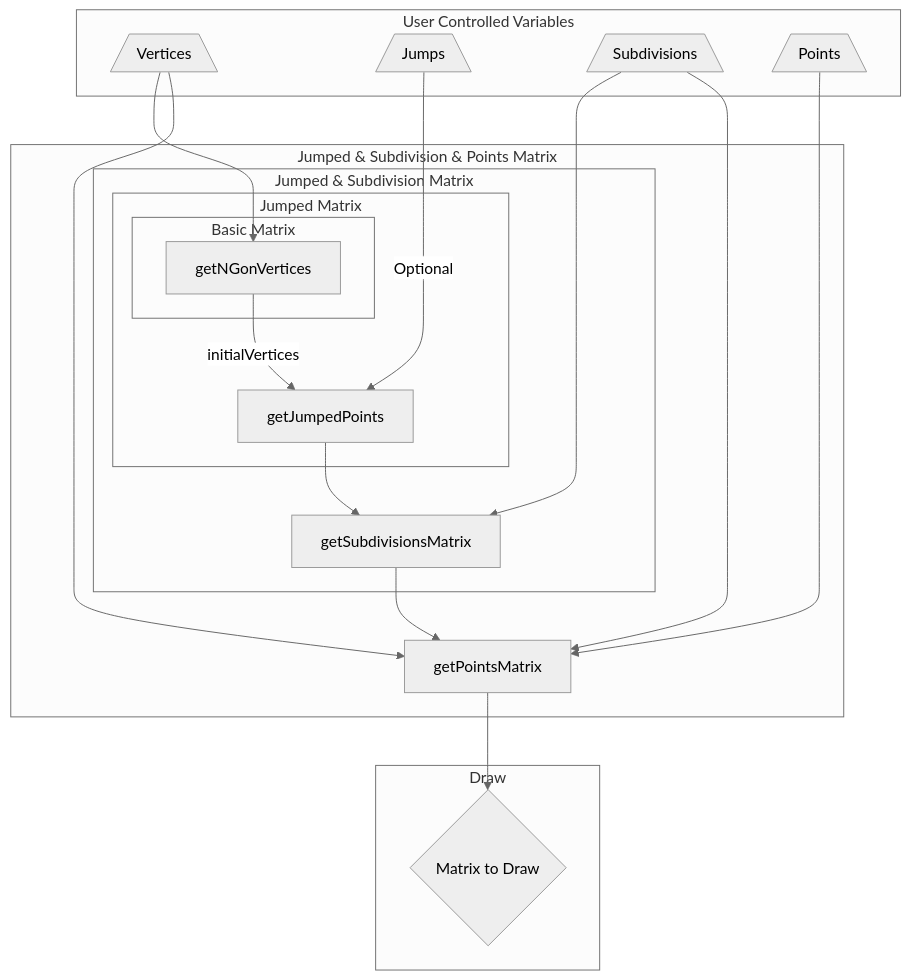
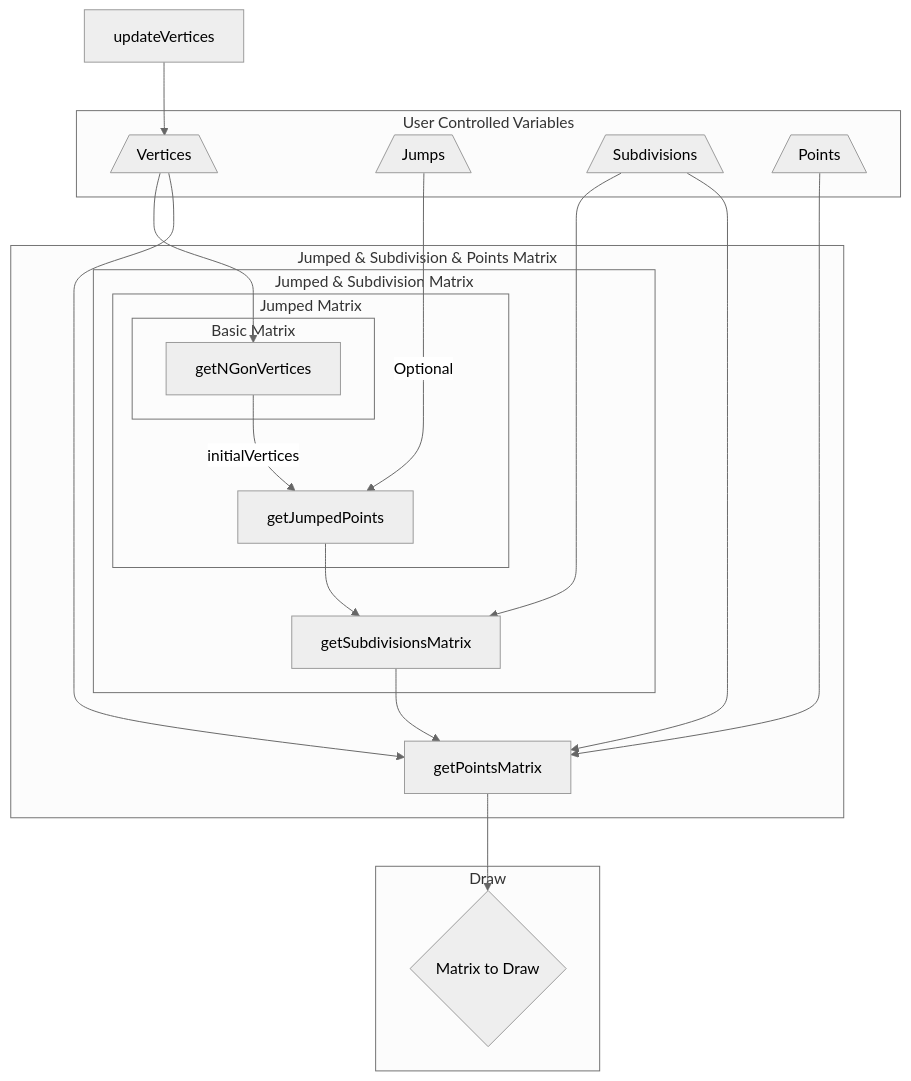
Before and after one commit to LiamMyles/pwp: the second of 3 diagrams in README.md, drawn with Mermaid (neutral theme). The commit also changed other lines of this file, not shown here.

Commit message:
Add mermaid for classes

````diff
--- a/README.md
+++ b/README.md
@@ -9,29 +42,30 @@
 ```mermaid
 graph TD
+  UV[updateVertices] --> V
   subgraph User Controlled Variables
   V[/Vertices\]
   J[/Jumps\]
   S[/Subdivisions\]
   P[/Points\]
   end
   subgraph Jumped & Subdivision & Points Matrix
   subgraph Jumped & Subdivision Matrix
   subgraph Jumped Matrix
   subgraph Basic Matrix
   V --> N
   end
   N[getNGonVertices] -->|initialVertices| JP[getJumpedPoints]
   J -->|Optional| JP
   end
   S ---> SM
   JP --> SM[getSubdivisionsMatrix]
   end
   SM --> PM[getPointsMatrix]
   V --> PM
   P --> PM
   S --> PM
   end
   subgraph Draw
   PM --> D{Matrix to Draw}
   end
 ```
````
